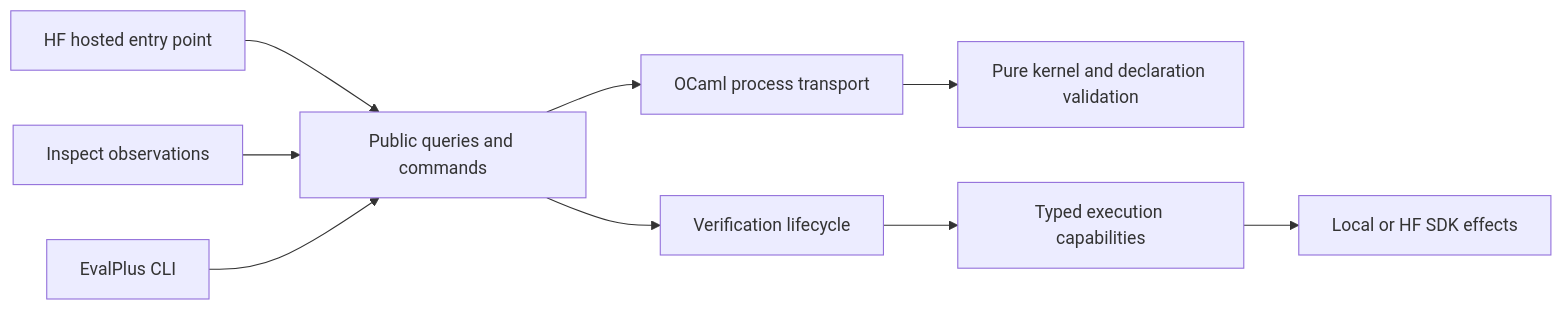
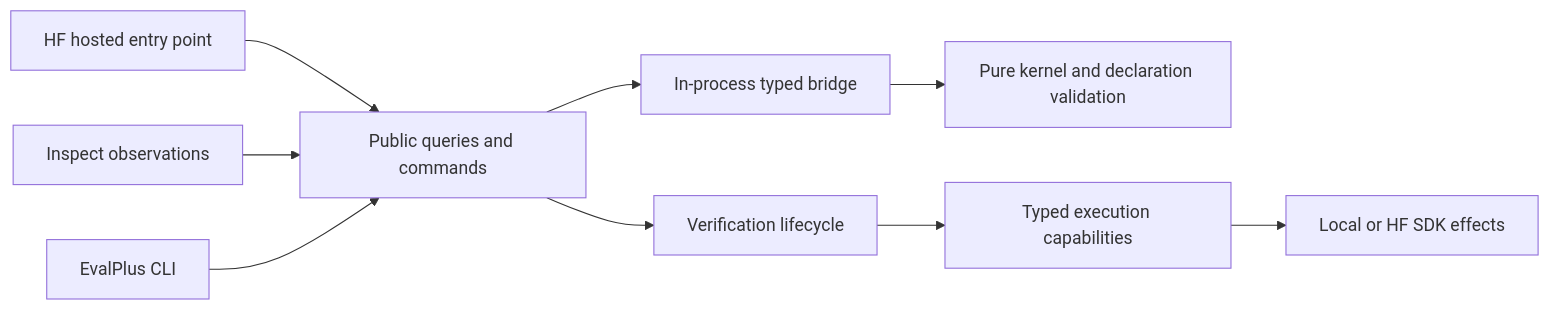
The diagram in evals/README.md (shaquan1228/genius), drawn with Mermaid before and after one commit. The commit also changed other lines of this file and 55 other files, not shown here.

````diff
--- a/evals/README.md
+++ b/evals/README.md
@@ -13,11 +13,11 @@
 ```mermaid
 flowchart LR
   J[HF hosted entry point] --> C[Public queries and commands]
   I[Inspect observations] --> C
   E[EvalPlus CLI] --> C
-  C --> T[OCaml process transport]
+  C --> T[In-process typed bridge]
   T --> K[Pure kernel and declaration validation]
   C --> V[Verification lifecycle]
   V --> P[Typed execution capabilities]
   P --> A[Local or HF SDK effects]
 ```
````
